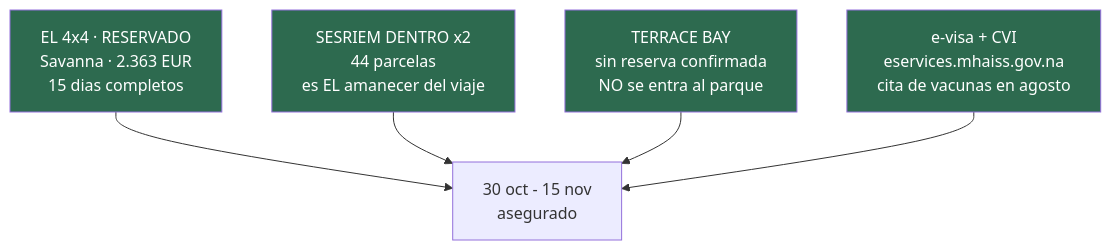
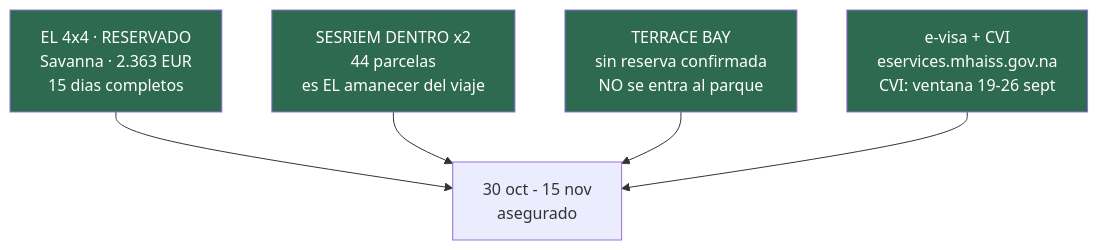
One commit to morandeirachema/namibia changed the fourth of 6 diagrams in README.md. Above: the diagram before and after it, drawn with Mermaid. The commit also changed other lines of this file and 17 other files, not shown here.

````diff
--- a/README.md
+++ b/README.md
@@ -453,15 +470,15 @@
 ```mermaid
 flowchart TD
     A["EL 4x4 · RESERVADO<br/>Savanna · 2.363 EUR<br/>15 dias completos"]
     B["SESRIEM DENTRO x2<br/>44 parcelas<br/>es EL amanecer del viaje"]
     C["TERRACE BAY<br/>sin reserva confirmada<br/>NO se entra al parque"]
-    D["e-visa + CVI<br/>eservices.mhaiss.gov.na<br/>cita de vacunas en agosto"]
+    D["e-visa + CVI<br/>eservices.mhaiss.gov.na<br/>CVI: ventana 19-26 sept"]
     A --> E["30 oct - 15 nov<br/>asegurado"]
     B --> E
     C --> E
     D --> E
     style A fill:#2d6a4f,color:#fff
     style B fill:#2d6a4f,color:#fff
     style C fill:#2d6a4f,color:#fff
     style D fill:#2d6a4f,color:#fff
 ```
````
